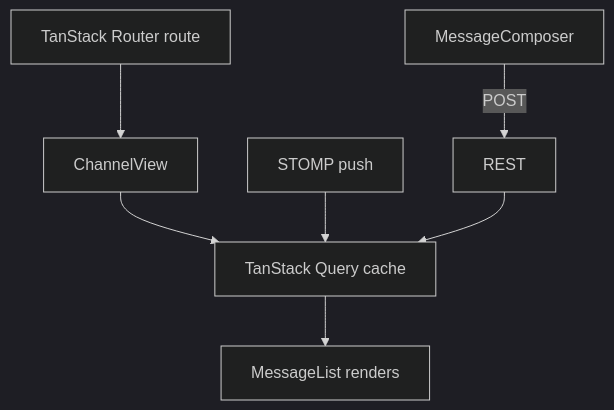
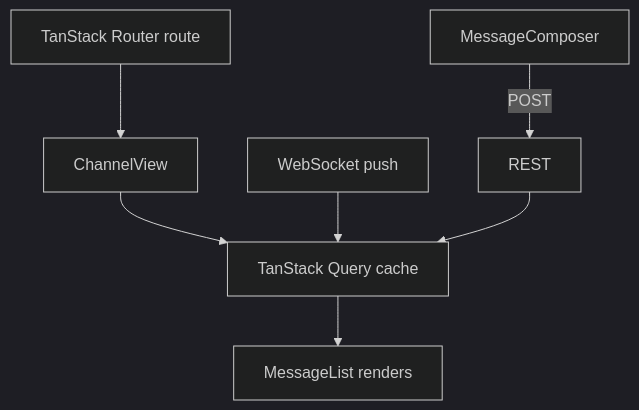
One commit to diegopacheco/java-pocs changed the fourth of 4 diagrams in pocs/java-25-slack-clone/design-doc.md. Above: the diagram before and after it, drawn with Mermaid (dark theme). The commit also changed other lines of this file, not shown here.

````diff
--- a/pocs/java-25-slack-clone/design-doc.md
+++ b/pocs/java-25-slack-clone/design-doc.md
@@ -299,9 +323,9 @@
 ```mermaid
 flowchart TD
   Route[TanStack Router route] --> View[ChannelView]
   View --> Q[TanStack Query cache]
-  STOMP[STOMP push] --> Q
+  STOMP[WebSocket push] --> Q
   Q --> List[MessageList renders]
   Composer[MessageComposer] -- POST --> API[REST]
   API --> Q
 ```
````
